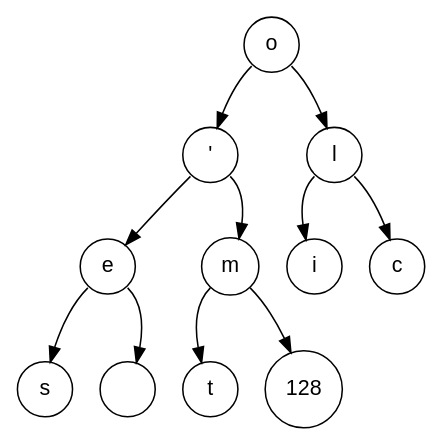
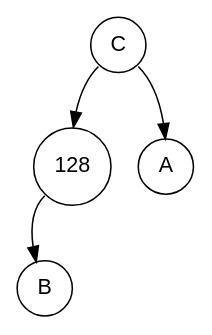
Before and after one commit to Procuste34/codage_huffman_c: the diagram in fichiers_viz/minimier_etape_1.dot, drawn with Graphviz. The commit also changed 22 other files, not shown here.

```diff
--- a/fichiers_viz/minimier_etape_1.dot
+++ b/fichiers_viz/minimier_etape_1.dot
@@ -1,24 +1,10 @@
 digraph POT_test {
 node [fontname="Arial", shape="circle", width=0.5];
-111 [label = "o"]
-111:sw -> 39
-111:se -> 108
-39 [label = "'"]
-39:sw -> 101
-39:se -> 109
-101 [label = "e"]
-101:sw -> 115
-101:se -> 32
-115 [label = "s"]
-32 [label = " "]
-109 [label = "m"]
-109:sw -> 116
-109:se -> 128
-116 [label = "t"]
+67 [label = "C"]
+67:sw -> 128
+67:se -> 65
 128 [label = "128"]
-108 [label = "l"]
-108:sw -> 105
-108:se -> 99
-105 [label = "i"]
-99 [label = "c"]
+128:sw -> 66
+66 [label = "B"]
+65 [label = "A"]
 }
```
